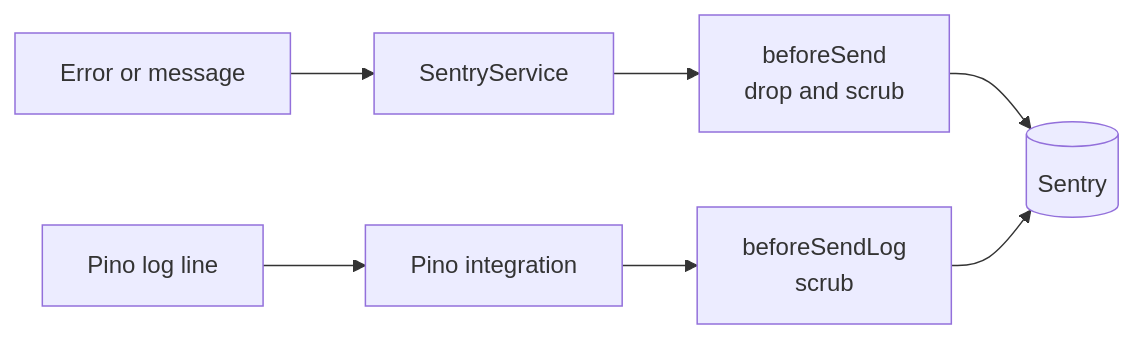
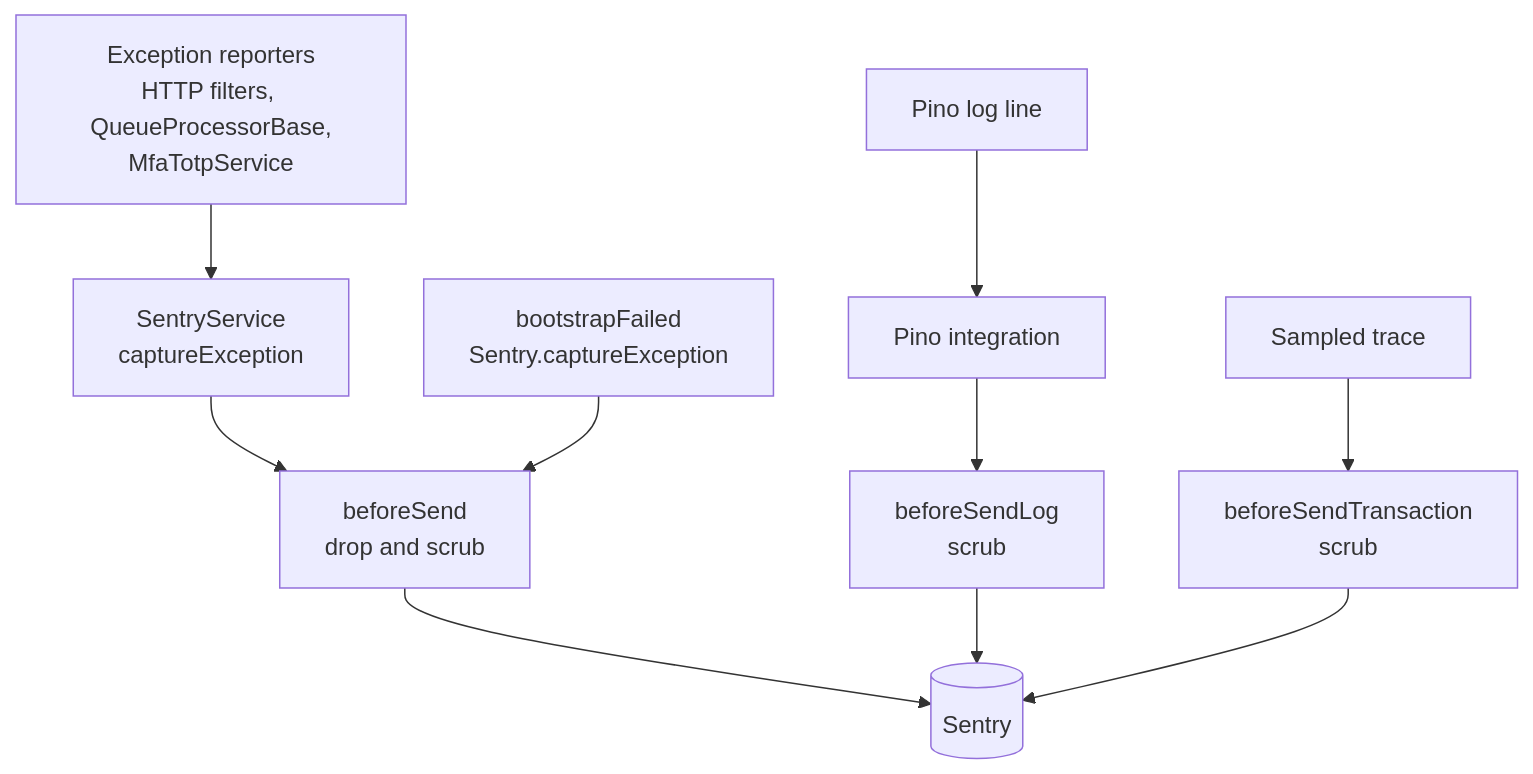
The diagram in docs/concepts/sentry.md (andrechristikan/ack-nestjs-boilerplate), drawn with Mermaid before and after one commit. The commit also changed other lines of this file and 35 other files, not shown here.

Commit message:
docs: draw every diagram top to bottom and match each to its page

````diff
--- a/docs/concepts/sentry.md
+++ b/docs/concepts/sentry.md
@@ -30,9 +32,14 @@
 ```mermaid
-flowchart LR
-    ER["Error or message"] --> SS["SentryService"]
+flowchart TB
+    ER["Exception reporters<br/>HTTP filters, QueueProcessorBase,<br/>MfaTotpService"] --> SS["SentryService<br/>captureException"]
+    BF["bootstrapFailed<br/>Sentry.captureException"]
     LG["Pino log line"] --> PI["Pino integration"]
+    TR["Sampled trace"]
     SS --> BS["beforeSend<br/>drop and scrub"]
+    BF --> BS
     PI --> BL["beforeSendLog<br/>scrub"]
+    TR --> BT["beforeSendTransaction<br/>scrub"]
     BS --> SE[("Sentry")]
     BL --> SE
+    BT --> SE
 ```
````
